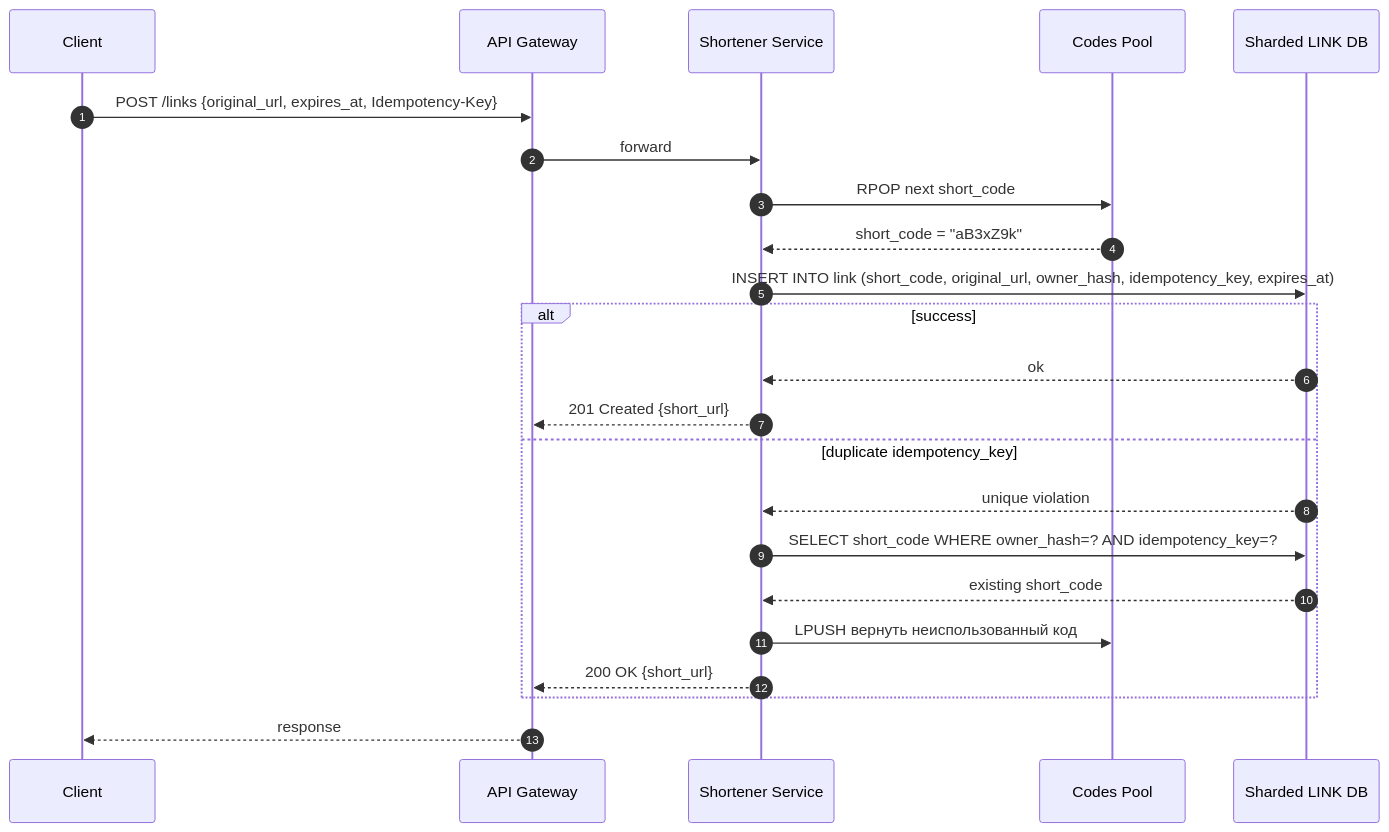
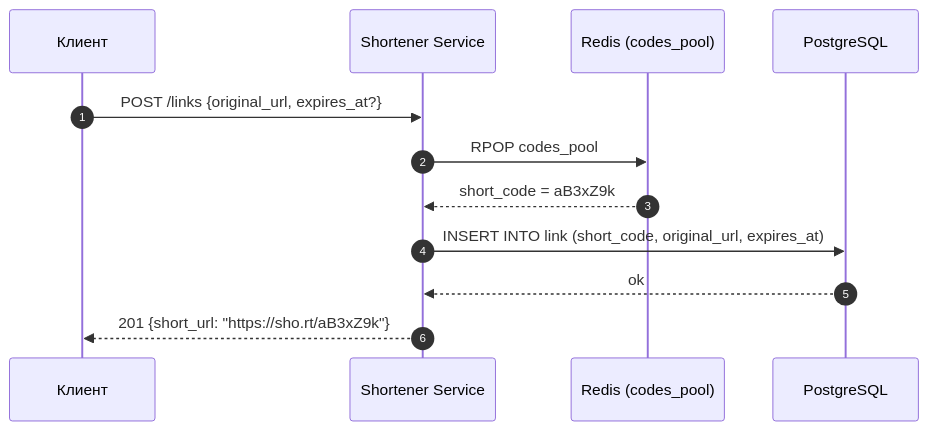
Before and after one commit to f1yToMoon/url_shortener: the sixth of 9 diagrams in README.md, drawn with Mermaid. The commit also changed other lines of this file, not shown here.

````diff
--- a/README.md
+++ b/README.md
@@ -332,26 +415,15 @@
 ```mermaid
 sequenceDiagram
   autonumber
-  participant C as Client
-  participant GW as API Gateway
+  participant C as Клиент
   participant S as Shortener Service
-  participant Pool as Codes Pool
-  participant DB as Sharded LINK DB
+  participant Pool as Redis (codes_pool)
+  participant PG as PostgreSQL
 
-  C->>GW: POST /links {original_url, expires_at, Idempotency-Key}
-  GW->>S: forward
-  S->>Pool: RPOP next short_code
-  Pool-->>S: short_code = "aB3xZ9k"
-  S->>DB: INSERT INTO link (short_code, original_url, owner_hash, idempotency_key, expires_at)
-  alt success
-    DB-->>S: ok
-    S-->>GW: 201 Created {short_url}
-  else duplicate idempotency_key
-    DB-->>S: unique violation
-    S->>DB: SELECT short_code WHERE owner_hash=? AND idempotency_key=?
-    DB-->>S: existing short_code
-    S->>Pool: LPUSH вернуть неиспользованный код
-    S-->>GW: 200 OK {short_url}
-  end
-  GW-->>C: response
+  C->>S: POST /links {original_url, expires_at?}
+  S->>Pool: RPOP codes_pool
+  Pool-->>S: short_code = aB3xZ9k
+  S->>PG: INSERT INTO link (short_code, original_url, expires_at)
+  PG-->>S: ok
+  S-->>C: 201 {short_url: "https://sho.rt/aB3xZ9k"}
 ```
````
